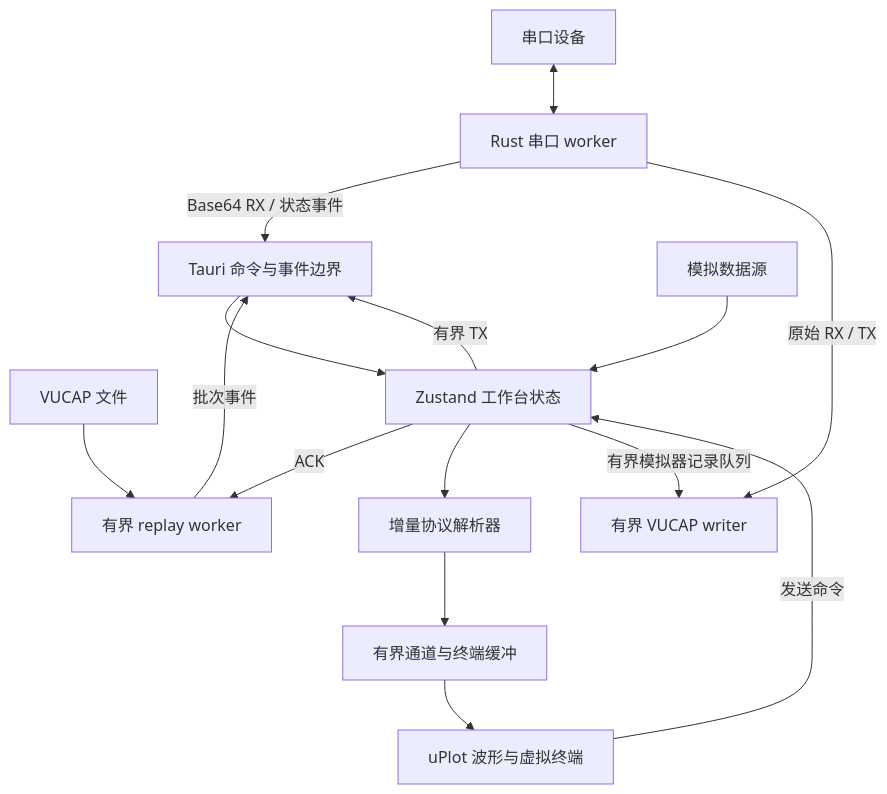
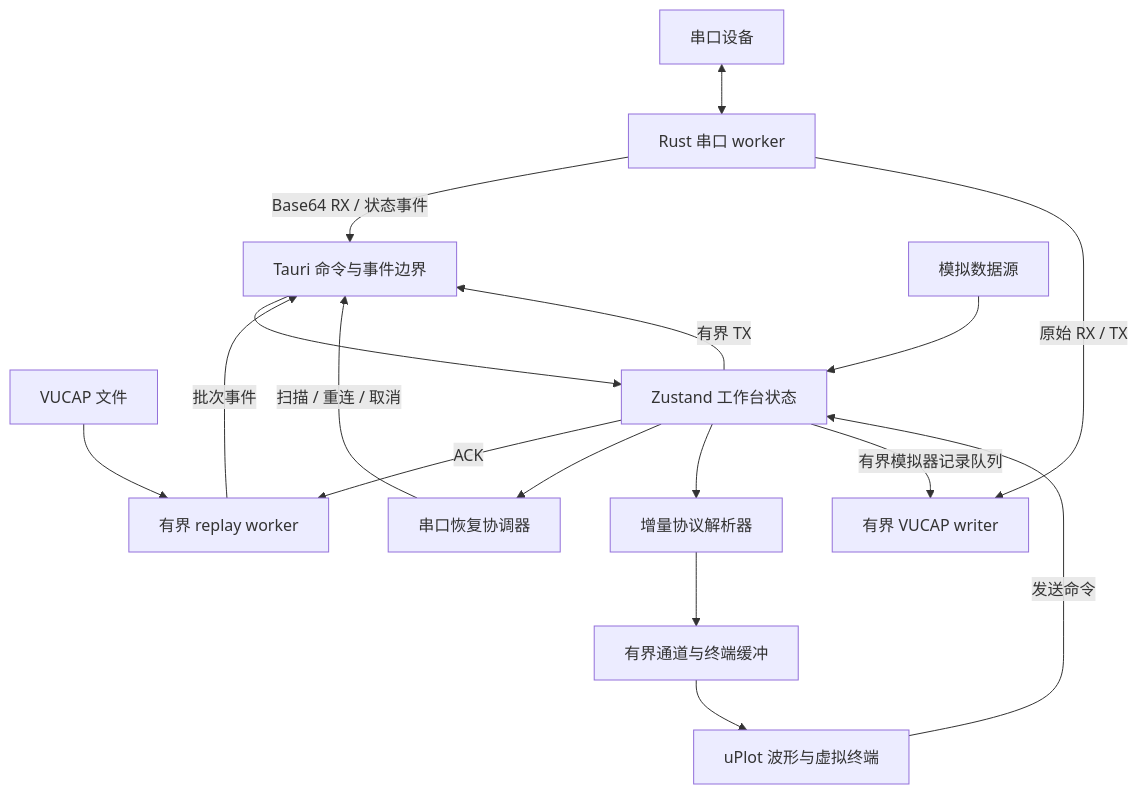
One commit to woai66/Vofa-Ultra changed the first of 2 diagrams in docs/architecture.md. Above: the diagram before and after it, drawn with Mermaid. The commit also changed other lines of this file and 17 other files, not shown here.

````diff
--- a/docs/architecture.md
+++ b/docs/architecture.md
@@ -8,17 +8,19 @@
 ```mermaid
 flowchart TB
     Device[串口设备] <--> Worker[Rust 串口 worker]
     Worker -->|Base64 RX / 状态事件| Bridge[Tauri 命令与事件边界]
     Worker -->|原始 RX / TX| Recorder[有界 VUCAP writer]
     CaptureFile[VUCAP 文件] --> Replayer[有界 replay worker]
     Replayer -->|批次事件| Bridge
     Store -->|ACK| Replayer
     Bridge --> Store[Zustand 工作台状态]
+    Store --> Recovery[串口恢复协调器]
+    Recovery -->|扫描 / 重连 / 取消| Bridge
     Store --> Parsers[增量协议解析器]
     Parsers --> Buffers[有界通道与终端缓冲]
     Buffers --> Views[uPlot 波形与虚拟终端]
     Simulator[模拟数据源] --> Store
     Store -->|有界模拟器记录队列| Recorder
     Views -->|发送命令| Store
     Store -->|有界 TX| Bridge
 ```
````
